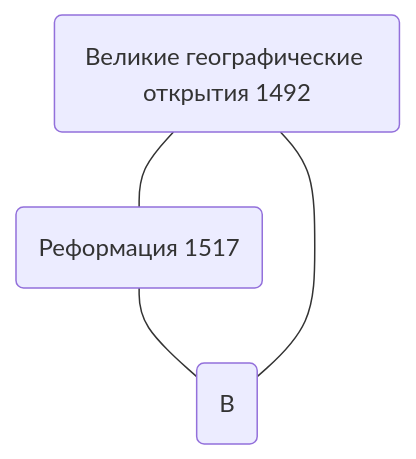
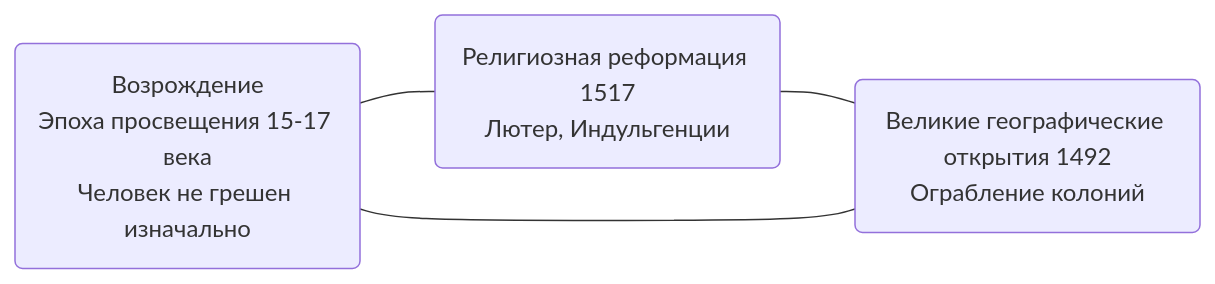
One commit to wesdyqq/study-sync changed the diagram in Учеба КНИТУ/История России/Конспекты лекций/История России 17.10.26.md. Above: the diagram before and after it, drawn with Mermaid. The commit also changed other lines of this file, not shown here.

````diff
--- a/Учеба КНИТУ/История России/Конспекты лекций/История России 17.10.26.md
+++ b/Учеба КНИТУ/История России/Конспекты лекций/История России 17.10.26.md
@@ -45,8 +44,8 @@
 ```mermaid
-flowchart TD
+flowchart RL
 A---B---C---A
 
-A("Великие географические открытия 1492")
-B("Реформация 1517")
-C("В")
+A("Великие географические открытия 1492<br/>Ограбление колоний")
+B("Религиозная реформация 1517<br/>Лютер, Индульгенции")
+C("Возрождение<br/>Эпоха просвещения 15-17 века<br/>Человек не грешен изначально")
 ```
````
